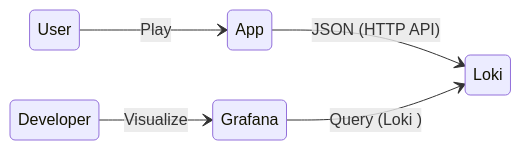
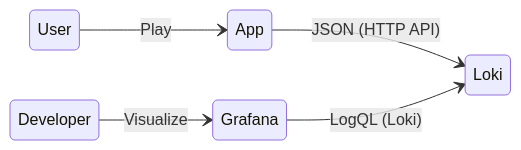
Before and after one commit to extreal-dev/Extreal.Guide: the first of 2 diagrams in docs/sample-app/dev-guide.md, drawn with Mermaid. The commit also changed 1 other file, not shown here.

Commit message:
Make LogQL explicit in the system configuration

````diff
--- a/docs/sample-app/dev-guide.md
+++ b/docs/sample-app/dev-guide.md
@@ -601,9 +601,9 @@
 ```mermaid
 stateDiagram-v2
 
     direction LR
     User --> App: Play
     App --> Loki: JSON (HTTP API)
-    Grafana --> Loki: Query (Loki )
+    Grafana --> Loki: LogQL (Loki)
     Developer --> Grafana: Visualize
 ```
````
